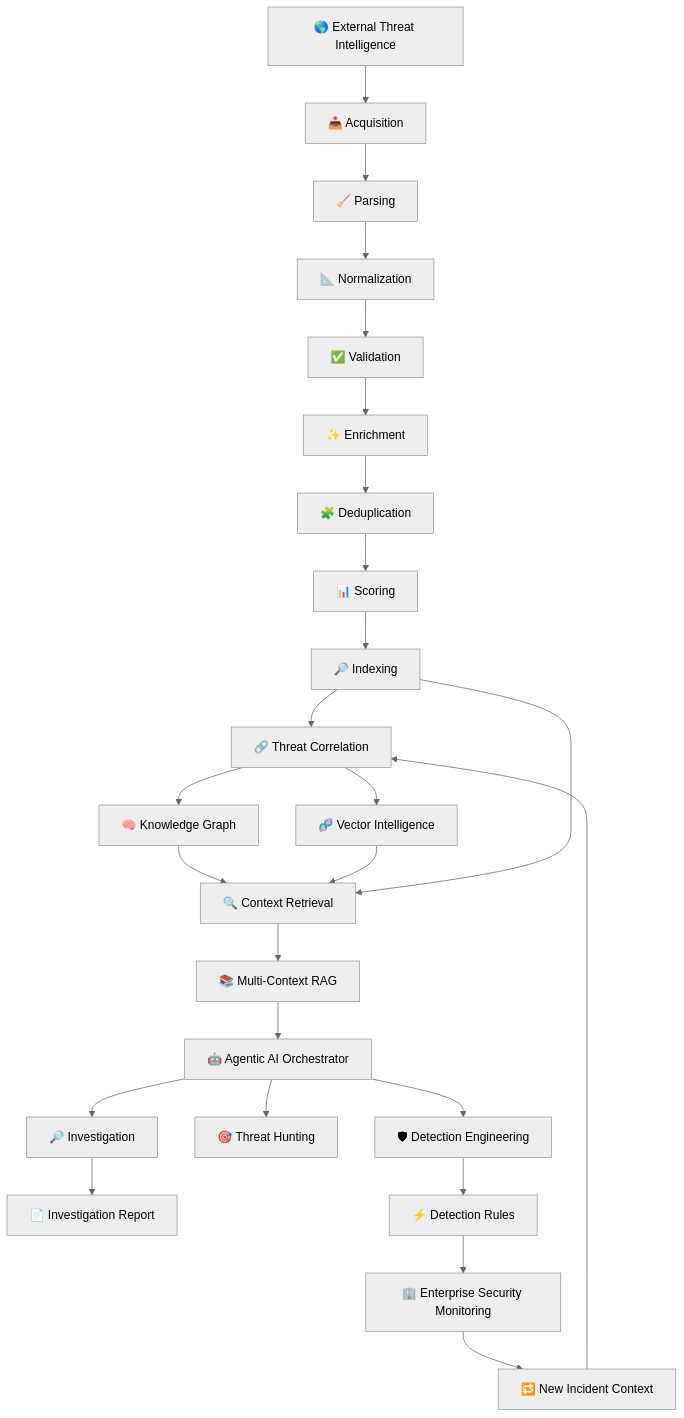
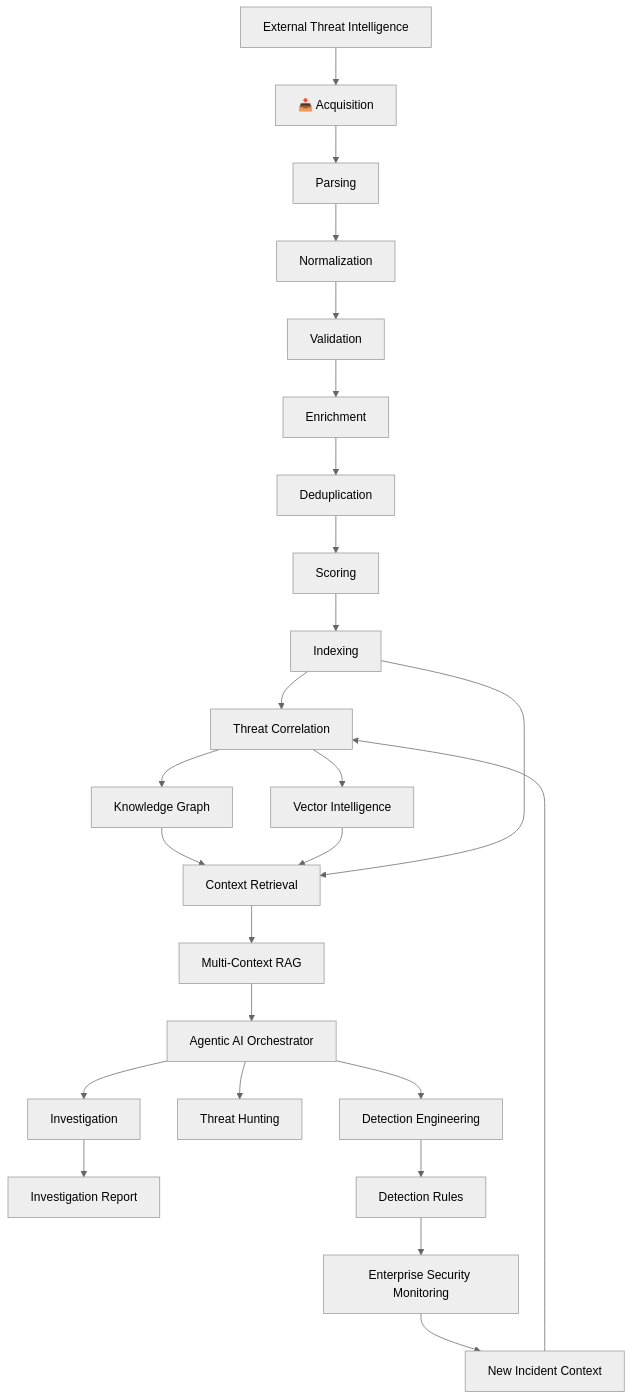
One commit to aminemaouhoub1312/ShadowScope-AM changed the second of 11 diagrams in README.md. Above: the diagram before and after it, drawn with Mermaid (neutral theme). The commit also changed other lines of this file, not shown here.

````diff
--- a/README.md
+++ b/README.md
@@ -134,36 +134,36 @@
 ```mermaid
 flowchart TD
 
-    A["🌎 External Threat Intelligence"] --> B["📥 Acquisition"]
+    A[" External Threat Intelligence"] --> B["📥 Acquisition"]
 
-    B --> C["🧹 Parsing"]
-    C --> D["📐 Normalization"]
-    D --> E["✅ Validation"]
-    E --> F["✨ Enrichment"]
-    F --> G["🧩 Deduplication"]
-    G --> H["📊 Scoring"]
-    H --> I["🔎 Indexing"]
+    B --> C[" Parsing"]
+    C --> D[" Normalization"]
+    D --> E[" Validation"]
+    E --> F[" Enrichment"]
+    F --> G[" Deduplication"]
+    G --> H[" Scoring"]
+    H --> I[" Indexing"]
 
-    I --> J["🔗 Threat Correlation"]
+    I --> J[" Threat Correlation"]
 
-    J --> K["🧠 Knowledge Graph"]
-    J --> L["🧬 Vector Intelligence"]
+    J --> K[" Knowledge Graph"]
+    J --> L[" Vector Intelligence"]
 
-    K --> M["🔍 Context Retrieval"]
+    K --> M[" Context Retrieval"]
     L --> M
     I --> M
 
-    M --> N["📚 Multi-Context RAG"]
-    N --> O["🤖 Agentic AI Orchestrator"]
+    M --> N[" Multi-Context RAG"]
+    N --> O[" Agentic AI Orchestrator"]
 
-    O --> P["🔎 Investigation"]
-    O --> Q["🎯 Threat Hunting"]
-    O --> R["🛡 Detection Engineering"]
+    O --> P[" Investigation"]
+    O --> Q[" Threat Hunting"]
+    O --> R[" Detection Engineering"]
 
-    P --> S["📄 Investigation Report"]
-    R --> T["⚡ Detection Rules"]
+    P --> S[" Investigation Report"]
+    R --> T[" Detection Rules"]
 
-    T --> U["🏢 Enterprise Security Monitoring"]
-    U --> V["🔁 New Incident Context"]
+    T --> U[" Enterprise Security Monitoring"]
+    U --> V["New Incident Context"]
     V --> J
 ```
````
